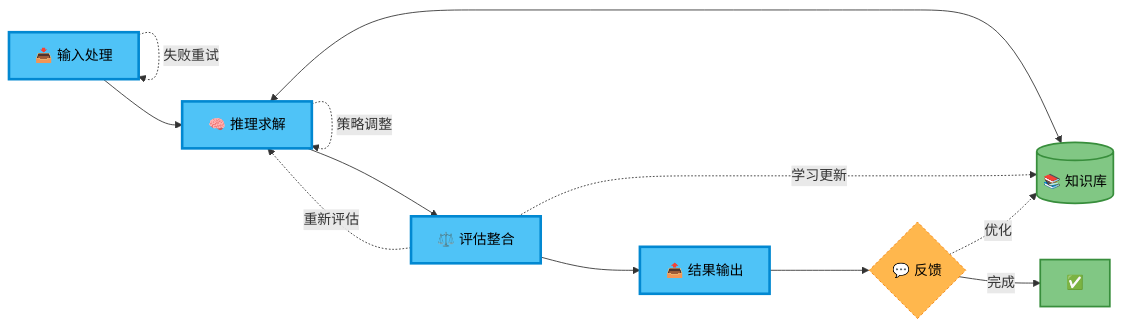
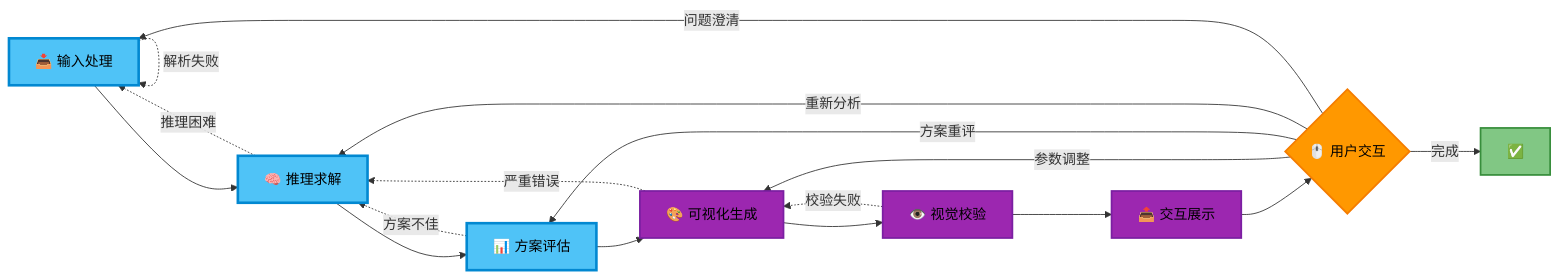
The first of 8 diagrams in plan.md (xruilin/pysical-agent), drawn with Mermaid before and after one commit. The commit also changed other lines of this file, not shown here.

````diff
--- a/plan.md
+++ b/plan.md
@@ -103,27 +170,29 @@
 ```mermaid
 flowchart LR
-    A["📥 输入处理"] --> B["🧠 推理求解"] --> C["⚖️ 评估整合"] --> D["📤 结果输出"]
+    A["📥 输入处理"] --> B["🧠 推理求解"] --> C["📊 方案评估"] --> D["🎨 可视化生成"] --> E["👁️ 视觉校验"] --> F["📤 交互展示"]
     
-    %% 核心支撑
-    KB[("📚 知识库")]
-    B <--> KB
-    C -.->|"学习更新"| KB
+    %% 交互循环
+    F --> G{"🖱️ 用户交互"}
+    G -->|"参数调整"| D
+    G -->|"方案重评"| C
+    G -->|"重新分析"| B
+    G -->|"问题澄清"| A
+    G -->|"完成"| END["✅"]
     
-    %% 反馈循环
-    D --> F{"💬 反馈"}
-    F -.->|"优化"| KB
-    F -->|"完成"| END["✅"]
-    
-    %% 错误处理
-    A -.->|"失败重试"| A
-    B -.->|"策略调整"| B
-    C -.->|"重新评估"| B
+    %% 错误处理与优化反馈
+    E -.->|"校验失败"| D
+    D -.->|"严重错误"| B
+    C -.->|"方案不佳"| B
+    B -.->|"推理困难"| A
+    A -.->|"解析失败"| A
     
     classDef main fill:#4fc3f7,stroke:#0288d1,stroke-width:3px,color:#000
     classDef support fill:#81c784,stroke:#388e3c,stroke-width:2px,color:#000
-    classDef feedback fill:#ffb74d,stroke:#f57c00,stroke-width:1px,stroke-dasharray:3 3,color:#000
+    classDef interactive fill:#ff9800,stroke:#f57c00,stroke-width:2px,color:#000
+    classDef visual fill:#9c27b0,stroke:#7b1fa2,stroke-width:2px,color:#000
     
-    class A,B,C,D main
-    class KB,END support
-    class F feedback
+    class A,B,C main
+    class END support
+    class G interactive
+    class D,E,F visual
 ```
````
